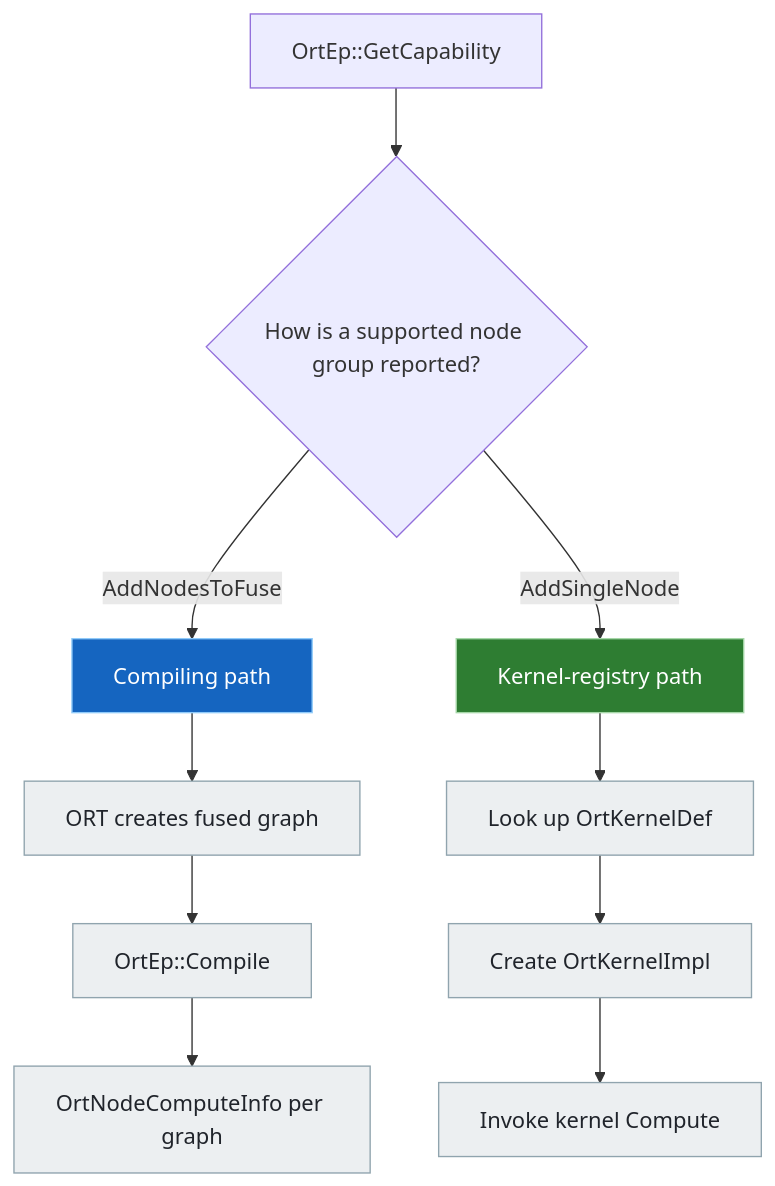
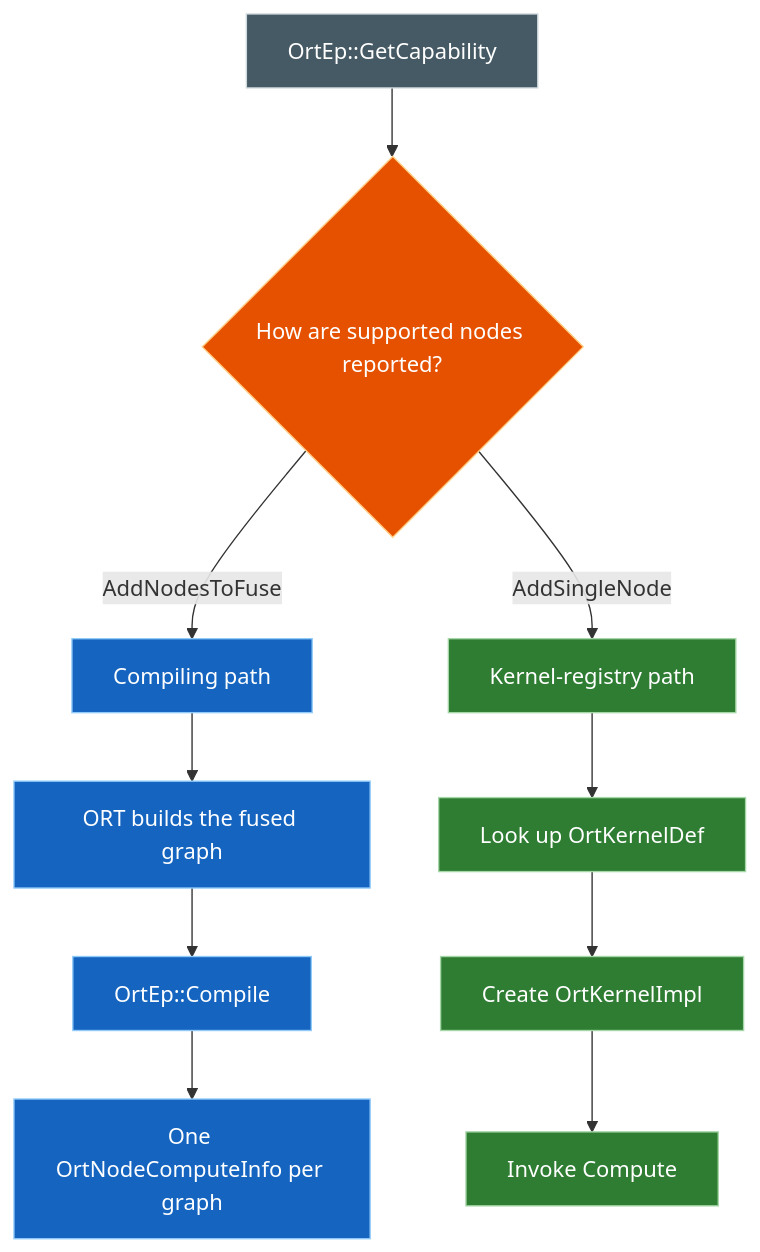
One commit to DakeQQ/Tutorial-ONNX-Runtime-Execution-Providers changed the ninth of 13 diagrams in PluginEP/README.md. Above: the diagram before and after it, drawn with Mermaid. The commit also changed other lines of this file and 15 other files, not shown here.

````diff
--- a/PluginEP/README.md
+++ b/PluginEP/README.md
@@ -324,17 +325,21 @@
 ```mermaid
 flowchart TD
-    G["OrtEp::GetCapability"] --> Q{"How is a supported node group reported?"}
+    G["OrtEp::GetCapability"] --> Q{"How are supported nodes reported?"}
     Q -->|"AddNodesToFuse"| C["Compiling path"]
     Q -->|"AddSingleNode"| K["Kernel-registry path"]
-    C --> C1["ORT creates fused graph"]
+    C --> C1["ORT builds the fused graph"]
     C1 --> C2["OrtEp::Compile"]
-    C2 --> C3["OrtNodeComputeInfo per graph"]
+    C2 --> C3["One OrtNodeComputeInfo per graph"]
     K --> K1["Look up OrtKernelDef"]
     K1 --> K2["Create OrtKernelImpl"]
-    K2 --> K3["Invoke kernel Compute"]
+    K2 --> K3["Invoke Compute"]
 
-    style C fill:#1565c0,stroke:#90caf9,color:#ffffff
-    style K fill:#2e7d32,stroke:#a5d6a7,color:#ffffff
-    classDef leaf fill:#eceff1,stroke:#90a4ae,color:#20242b
-    class C1,C2,C3,K1,K2,K3 leaf
+    class G slate
+    class Q orange
+    class C,C1,C2,C3 blue
+    class K,K1,K2,K3 green
+    classDef slate fill:#455a64,stroke:#cfd8dc,color:#ffffff
+    classDef orange fill:#e65100,stroke:#ffcc80,color:#ffffff
+    classDef blue fill:#1565c0,stroke:#90caf9,color:#ffffff
+    classDef green fill:#2e7d32,stroke:#a5d6a7,color:#ffffff
 ```
````
